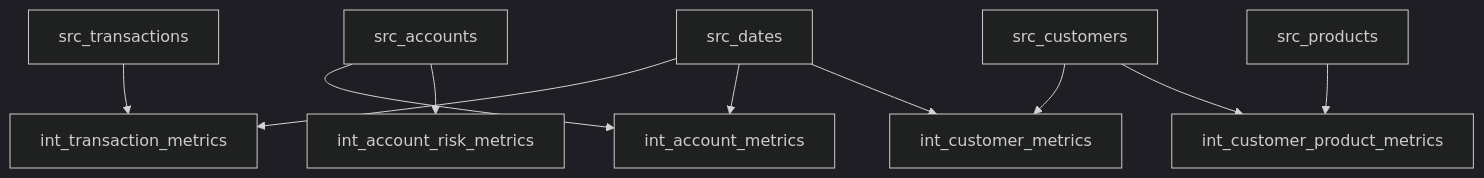
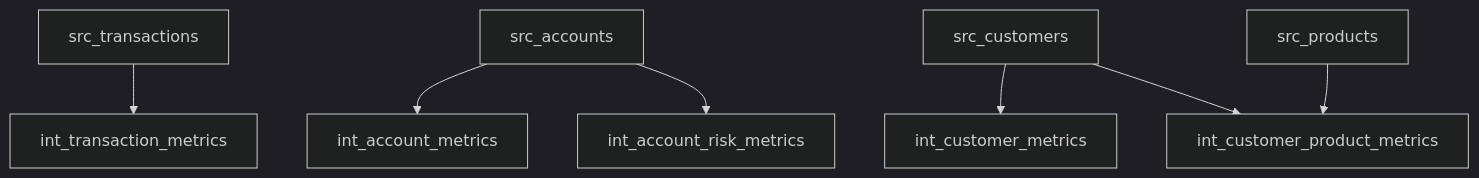
The diagram in README.md (ifyjakande/finflow-analytics-dbt), drawn with Mermaid (dark theme) before and after one commit. The commit also changed other lines of this file, not shown here.

````diff
--- a/README.md
+++ b/README.md
@@ -393,12 +53,9 @@
 ```mermaid
 graph TD
     A[src_transactions] --> B[int_transaction_metrics]
     C[src_accounts] --> D[int_account_metrics]
     C --> E[int_account_risk_metrics]
     F[src_customers] --> G[int_customer_metrics]
     F --> H[int_customer_product_metrics]
     I[src_products] --> H
-    J[src_dates] --> B
-    J --> D
-    J --> G
 ```
````
